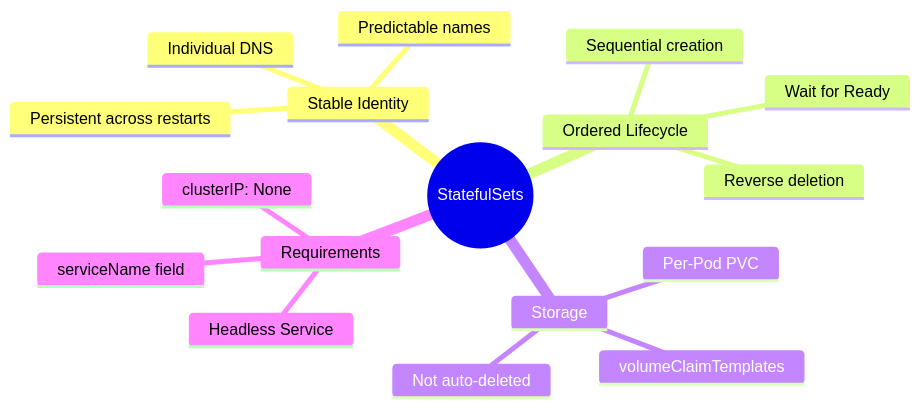
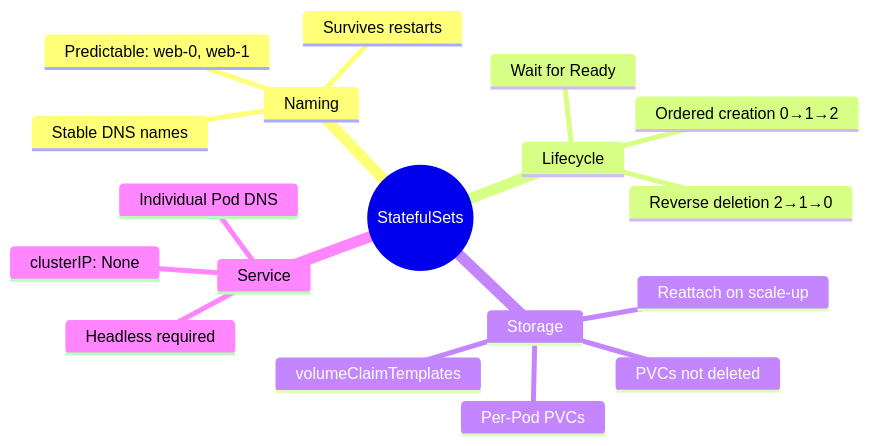
The seventh of 7 diagrams in slides/statefulsets/slides.md (courselabs/kubernetes), drawn with Mermaid before and after one commit. The commit also changed other lines of this file and 7 other files, not shown here.

````diff
--- a/slides/statefulsets/slides.md
+++ b/slides/statefulsets/slides.md
@@ -522,20 +487,21 @@
 ```mermaid
 mindmap
   root((StatefulSets))
-    Stable Identity
-      Predictable names
-      Individual DNS
-      Persistent across restarts
-    Ordered Lifecycle
-      Sequential creation
-      Reverse deletion
+    Naming
+      Predictable: web-0, web-1
+      Stable DNS names
+      Survives restarts
+    Lifecycle
+      Ordered creation 0→1→2
+      Reverse deletion 2→1→0
       Wait for Ready
     Storage
       volumeClaimTemplates
-      Per-Pod PVC
-      Not auto-deleted
-    Requirements
-      Headless Service
+      Per-Pod PVCs
+      PVCs not deleted
+      Reattach on scale-up
+    Service
+      Headless required
       clusterIP: None
-      serviceName field
+      Individual Pod DNS
 ```
````
